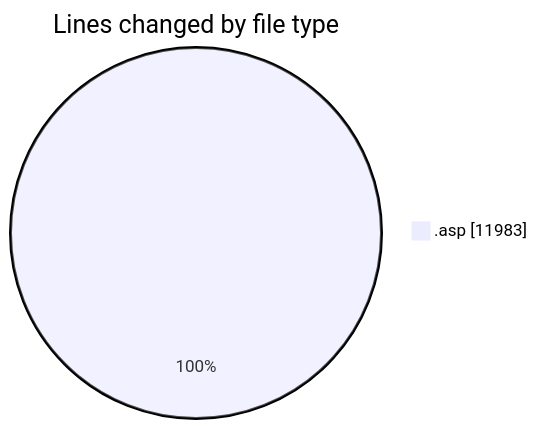
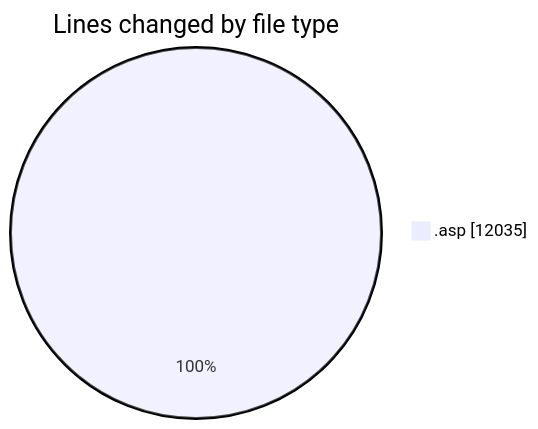
One commit to julien-gomy/code-tracking changed the first of 2 diagrams in 2025-10-30/cdp_aleoudev_fr__workspace_/README.md. Above: the diagram before and after it, drawn with Mermaid. The commit also changed other lines of this file and 1 other file, not shown here.

````diff
--- a/2025-10-30/cdp_aleoudev_fr__workspace_/README.md
+++ b/2025-10-30/cdp_aleoudev_fr__workspace_/README.md
@@ -30,5 +30,5 @@
 ```mermaid
 pie showData
 title Lines changed by file type
-".asp" : 11983
+".asp" : 12035
 ```
````
